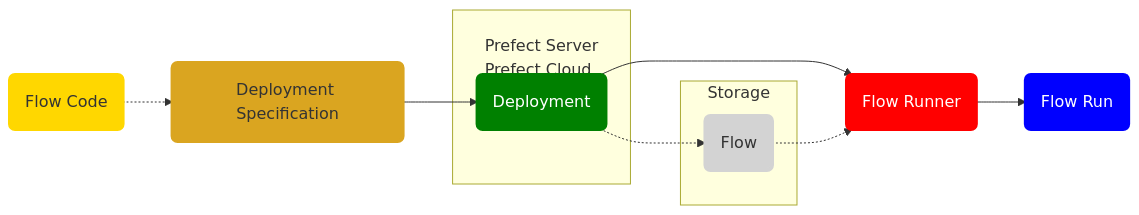
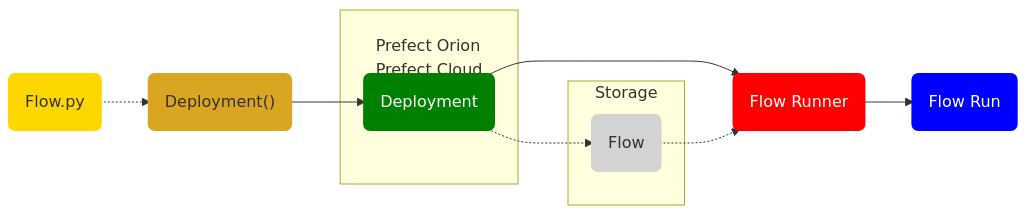
Before and after one commit to NicolasCamenischQC/prefect: the first of 2 diagrams in docs/concepts/deployments.md, drawn with Mermaid. The commit also changed other lines of this file, not shown here.

Commit message:
Remove DeploymentSpec and update deployment diagrams

````diff
--- a/docs/concepts/deployments.md
+++ b/docs/concepts/deployments.md
@@ -49,23 +47,23 @@
 ```mermaid
 graph LR
-    F(Flow Code):::yellow -.-> A(Deployment Specification):::gold
-    subgraph Server [<br>Prefect Server<br>Prefect Cloud]
+    F("Flow.py"):::yellow -.-> A("Deployment()"):::gold
+    subgraph Server [<br>Prefect Orion<br>Prefect Cloud]
     D(Deployment):::green
     end
     subgraph Storage
     B(Flow):::gray
     end
     A --> D
     D --> E(Flow Runner):::red
     B -.-> E
     D -.-> B
     E --> G(Flow Run):::blue
 
     classDef gold fill:goldenrod,stroke:goldenrod,stroke-width:4px
     classDef yellow fill:gold,stroke:gold,stroke-width:4px
     classDef gray fill:lightgray,stroke:lightgray,stroke-width:4px
     classDef blue fill:blue,stroke:blue,stroke-width:4px,color:white
     classDef green fill:green,stroke:green,stroke-width:4px,color:white
     classDef red fill:red,stroke:red,stroke-width:4px,color:white
     classDef dkgray fill:darkgray,stroke:darkgray,stroke-width:4px,color:white
 ```
````
